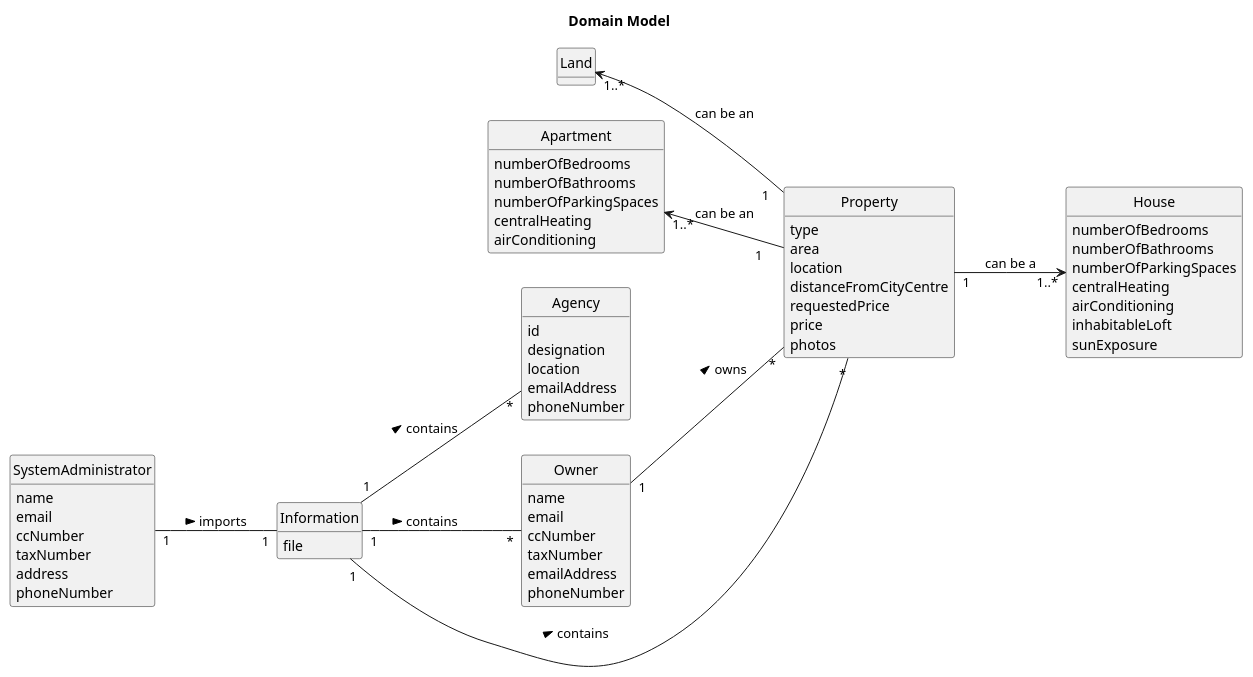
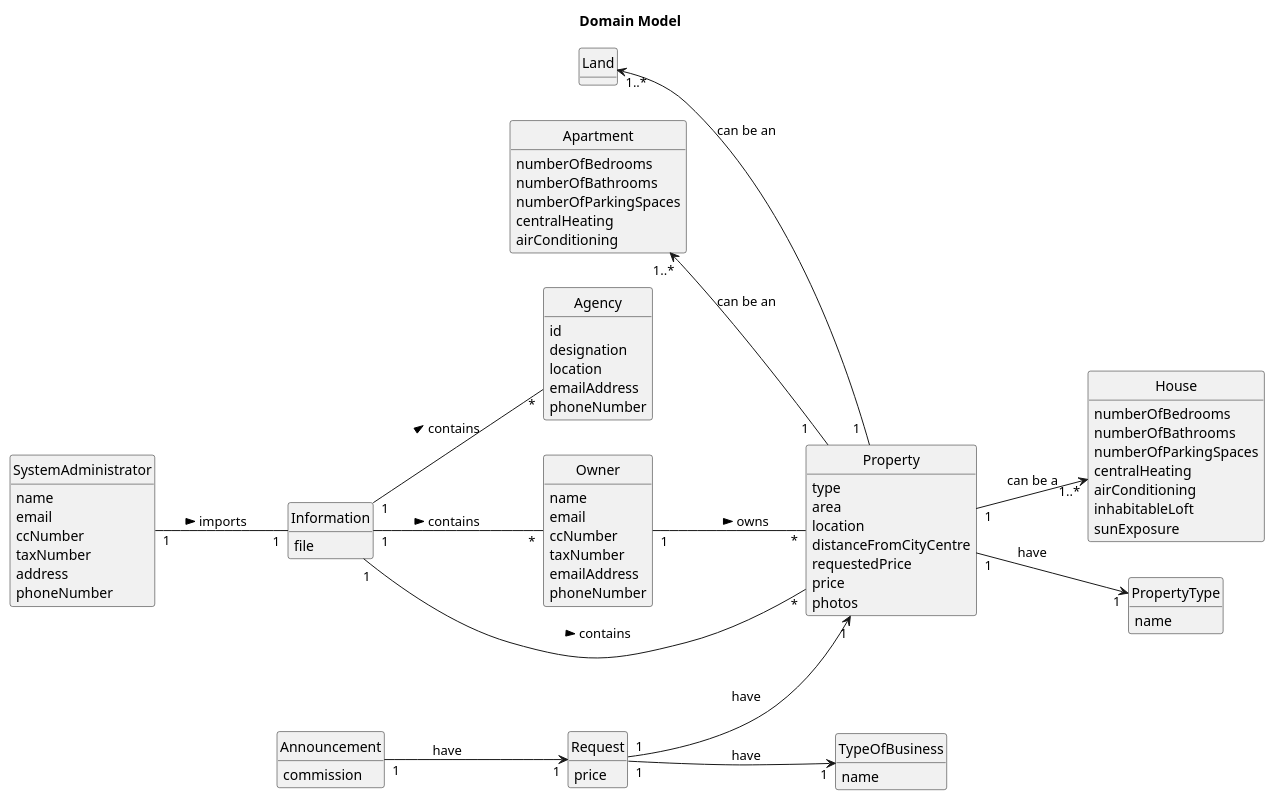
One commit to Rodrick0209/ISEP-LAPR2-22-23 changed the diagram in docs/Sprint-C/US012/02.analysis/puml/us012-domain-model.puml. Above: the diagram before and after it, drawn with PlantUML. The commit also changed 111 other files, not shown here.

```diff
--- a/docs/Sprint-C/US012/02.analysis/puml/us012-domain-model.puml
+++ b/docs/Sprint-C/US012/02.analysis/puml/us012-domain-model.puml
@@ -1,81 +1,102 @@
 @startuml
 skinparam monochrome true
 skinparam packageStyle rectangle
 skinparam shadowing false
 
 left to right direction
 
 skinparam classAttributeIconSize 0
 
 hide circle
 hide methods
 
 title Domain Model
 
 class Information {
     file
 }
 
 class Agency {
     id
     designation
     location
     emailAddress
     phoneNumber
 }
 
 class Owner {
     name
     email
     ccNumber
     taxNumber
     emailAddress
     phoneNumber
 }
 
 class Property  {
        type
        area
        location
        distanceFromCityCentre
        requestedPrice
        price
        photos
 }
 
 class Apartment{
     numberOfBedrooms
     numberOfBathrooms
     numberOfParkingSpaces
     centralHeating
     airConditioning
 }
 
 class House{
     numberOfBedrooms
     numberOfBathrooms
     numberOfParkingSpaces
     centralHeating
     airConditioning
     inhabitableLoft
     sunExposure
 }
 
 class SystemAdministrator {
     name
     email
     ccNumber
     taxNumber
     address
     phoneNumber
 }
 
+class Request {
+price
+}
+
+class TypeOfBusiness{
+name
+}
+
+class PropertyType{
+name
+}
+
+class Announcement{
+commission
+}
+
+
 SystemAdministrator "1" -- "1" Information: imports >
 Information "1" -- "*" Agency: contains >
 Information "1" -- "*" Property: contains >
 Information "1" -- "*" Owner: contains >
 Owner "1" -- "*" Property: owns >
+Property "1" --> "1" PropertyType : have
 Property "1"-D-> "1..*" House :  can be a
 Property "1    "-U-> "1..* " Apartment :  can be an
 Property "1  "-U-> "1..* " Land :  can be an
+Request "1" --> "1" Property: have
+Request "1" --> "1" TypeOfBusiness: have
+Announcement "1" --> "1" Request: have
 @enduml
```
